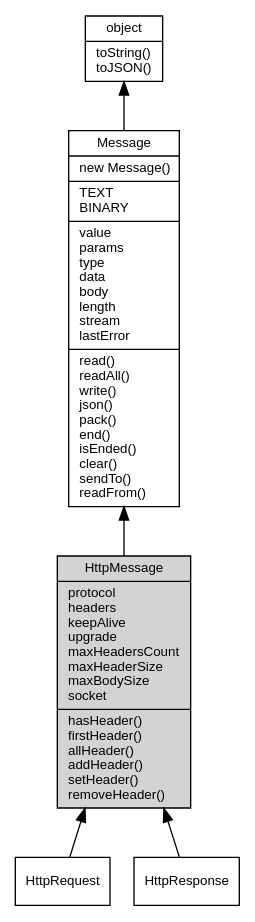
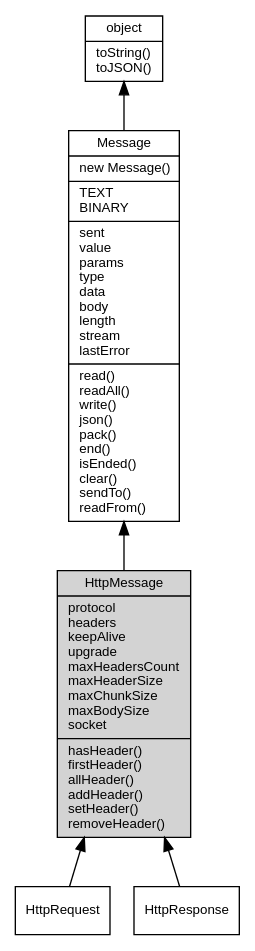
One commit to fibjs/fibjs.org changed the diagram in docs/manual/object/ifs/HttpMessage.md. Above: the diagram before and after it, drawn with Graphviz. The commit also changed other lines of this file and 63 other files, not shown here.

````diff
--- a/docs/manual/object/ifs/HttpMessage.md
+++ b/docs/manual/object/ifs/HttpMessage.md
@@ -5,16 +5,16 @@
 ```dot
 digraph {
     node [fontname="Helvetica,sans-Serif", fontsize=10, shape="record", style="filled", fillcolor="white"];
 
     object [tooltip="object", URL="object.md", label="{object|toString()\ltoJSON()\l}"];
-    Message [tooltip="Message", URL="Message.md", label="{Message|new Message()\l|TEXT\lBINARY\l|value\lparams\ltype\ldata\lbody\llength\lstream\llastError\l|read()\lreadAll()\lwrite()\ljson()\lpack()\lend()\lisEnded()\lclear()\lsendTo()\lreadFrom()\l}"];
-    HttpMessage [tooltip="HttpMessage", fillcolor="lightgray", id="me", label="{HttpMessage|protocol\lheaders\lkeepAlive\lupgrade\lmaxHeadersCount\lmaxHeaderSize\lmaxBodySize\lsocket\l|hasHeader()\lfirstHeader()\lallHeader()\laddHeader()\lsetHeader()\lremoveHeader()\l}"];
+    Message [tooltip="Message", URL="Message.md", label="{Message|new Message()\l|TEXT\lBINARY\l|sent\lvalue\lparams\ltype\ldata\lbody\llength\lstream\llastError\l|read()\lreadAll()\lwrite()\ljson()\lpack()\lend()\lisEnded()\lclear()\lsendTo()\lreadFrom()\l}"];
+    HttpMessage [tooltip="HttpMessage", fillcolor="lightgray", id="me", label="{HttpMessage|protocol\lheaders\lkeepAlive\lupgrade\lmaxHeadersCount\lmaxHeaderSize\lmaxChunkSize\lmaxBodySize\lsocket\l|hasHeader()\lfirstHeader()\lallHeader()\laddHeader()\lsetHeader()\lremoveHeader()\l}"];
     HttpRequest [tooltip="HttpRequest", URL="HttpRequest.md", label="{HttpRequest}"];
     HttpResponse [tooltip="HttpResponse", URL="HttpResponse.md", label="{HttpResponse}"];
 
     object -> Message [dir=back];
     Message -> HttpMessage [dir=back];
     HttpMessage -> HttpRequest [dir=back];
     HttpMessage -> HttpResponse [dir=back];
 }
 ```
````
